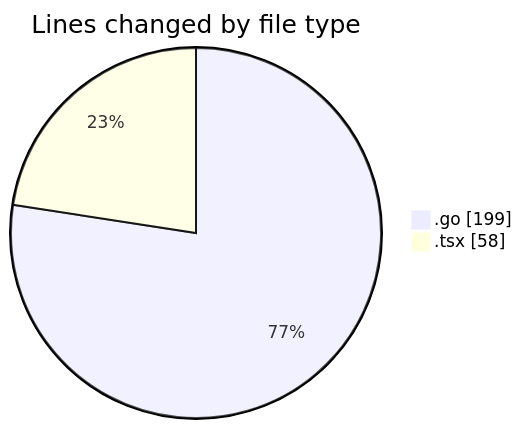
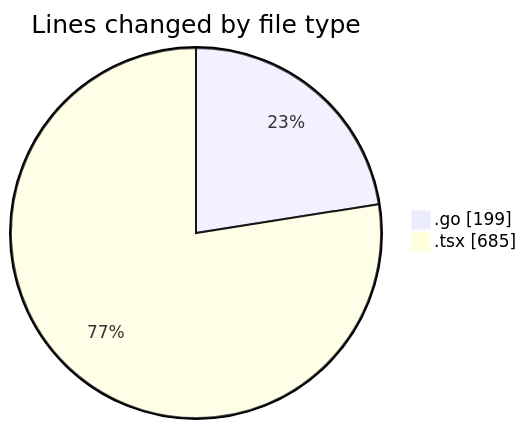
One commit to robertbonfada/code-tracking changed the first of 2 diagrams in 2025-03-11/termonied_testador/README.md. Above: the diagram before and after it, drawn with Mermaid. The commit also changed other lines of this file and 1 other file, not shown here.

````diff
--- a/2025-03-11/termonied_testador/README.md
+++ b/2025-03-11/termonied_testador/README.md
@@ -23,6 +26,6 @@
 ```mermaid
 pie showData
 title Lines changed by file type
 ".go" : 199
-".tsx" : 58
+".tsx" : 685
 ```
````
